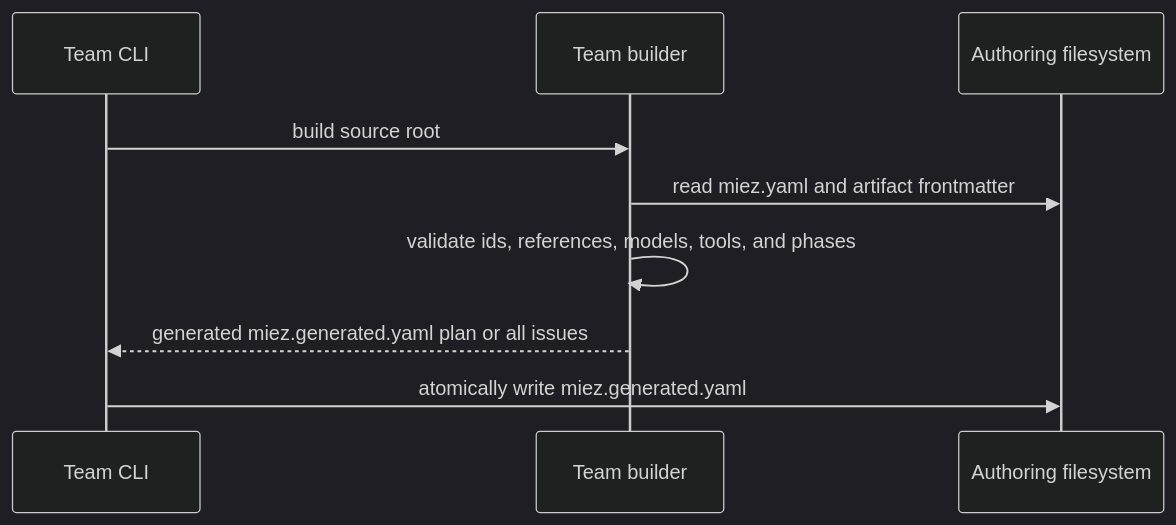
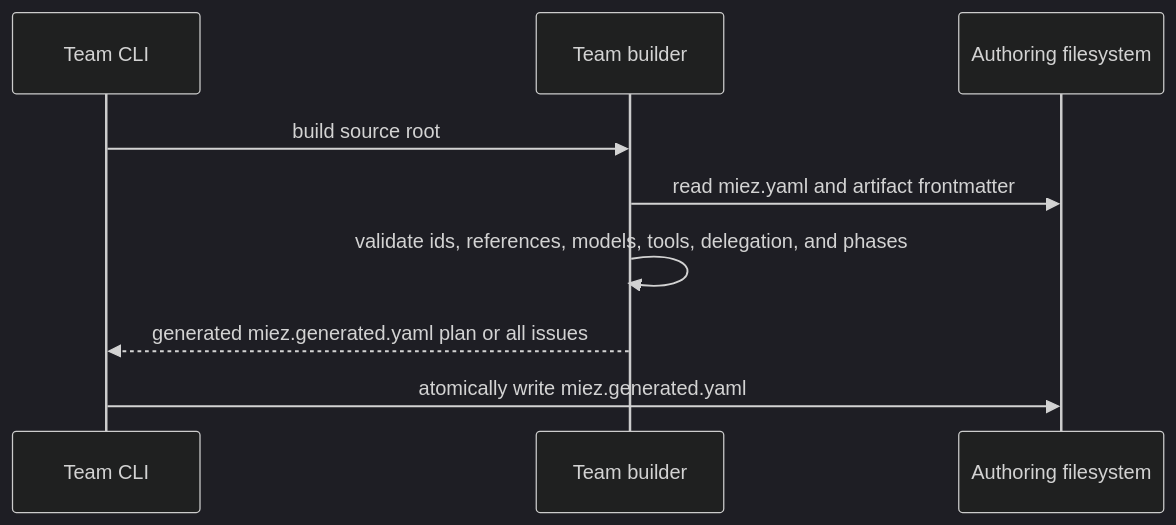
One commit to miez-io/miez-cli changed the first of 2 diagrams in .miez/architecture/sdd/sdd-artifact-and-rendering.md. Above: the diagram before and after it, drawn with Mermaid (dark theme). The commit also changed other lines of this file and 10 other files, not shown here.

````diff
--- a/.miez/architecture/sdd/sdd-artifact-and-rendering.md
+++ b/.miez/architecture/sdd/sdd-artifact-and-rendering.md
@@ -225,12 +239,12 @@
 ```mermaid
 sequenceDiagram
   participant CLI as Team CLI
   participant Builder as Team builder
   participant FS as Authoring filesystem
 
   CLI->>Builder: build source root
   Builder->>FS: read miez.yaml and artifact frontmatter
-  Builder->>Builder: validate ids, references, models, tools, and phases
+  Builder->>Builder: validate ids, references, models, tools, delegation, and phases
   Builder-->>CLI: generated miez.generated.yaml plan or all issues
   CLI->>FS: atomically write miez.generated.yaml
 ```
````
